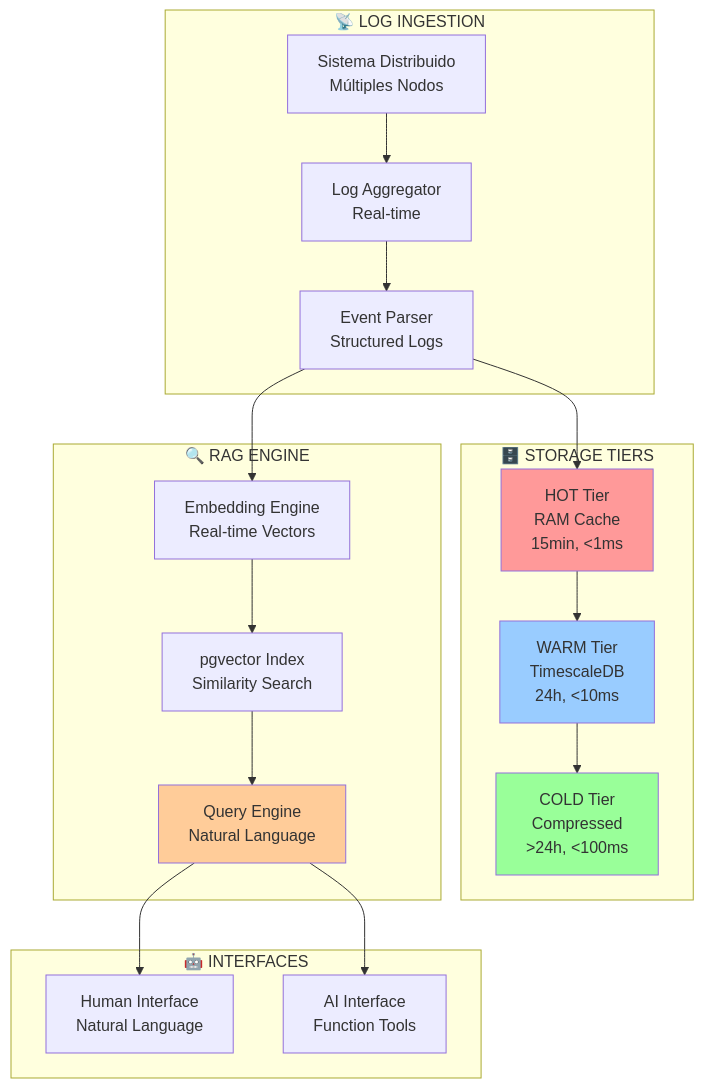
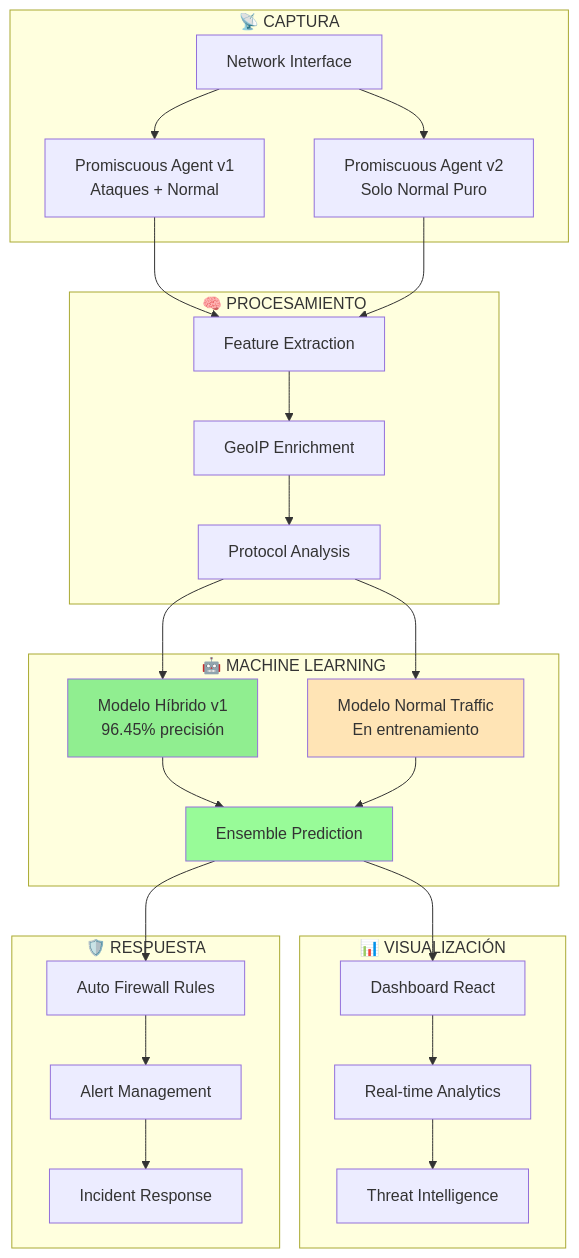
Before and after one commit to alonsoir/upgraded-happiness: the second of 2 diagrams in README.md, drawn with Mermaid. The commit also changed other lines of this file and 1 other file, not shown here.

````diff
--- a/README.md
+++ b/README.md
@@ -192,41 +215,53 @@
 ```mermaid
 graph TB
-    subgraph "📡 LOG INGESTION"
-        A[Sistema Distribuido<br/>Múltiples Nodos]
-        B[Log Aggregator<br/>Real-time]
-        C[Event Parser<br/>Structured Logs]
+    subgraph "📡 CAPTURA"
+        A[Network Interface]
+        B[Promiscuous Agent v1<br/>Ataques + Normal]
+        C[Promiscuous Agent v2<br/>Solo Normal Puro]
     end
     
-    subgraph "🗄️ STORAGE TIERS"
-        D[HOT Tier<br/>RAM Cache<br/>15min, <1ms]
-        E[WARM Tier<br/>TimescaleDB<br/>24h, <10ms]
-        F[COLD Tier<br/>Compressed<br/>>24h, <100ms]
+    subgraph "🧠 PROCESAMIENTO"
+        D[Feature Extraction]
+        E[GeoIP Enrichment]
+        F[Protocol Analysis]
     end
     
-    subgraph "🔍 RAG ENGINE"
-        G[Embedding Engine<br/>Real-time Vectors]
-        H[pgvector Index<br/>Similarity Search]
-        I[Query Engine<br/>Natural Language]
+    subgraph "🤖 MACHINE LEARNING"
+        G[Modelo Híbrido v1<br/>96.45% precisión]
+        H[Modelo Normal Traffic<br/>En entrenamiento]
+        I[Ensemble Prediction]
     end
     
-    subgraph "🤖 INTERFACES"
-        J[Human Interface<br/>Natural Language]
-        K[AI Interface<br/>Function Tools]
+    subgraph "📊 VISUALIZACIÓN"
+        J[Dashboard React]
+        K[Real-time Analytics]
+        L[Threat Intelligence]
+    end
+    
+    subgraph "🛡️ RESPUESTA"
+        M[Auto Firewall Rules]
+        N[Alert Management]
+        O[Incident Response]
     end
     
     A --> B
-    B --> C
+    A --> C
+    B --> D
     C --> D
     D --> E
     E --> F
-    C --> G
-    G --> H
+    F --> G
+    F --> H
+    G --> I
     H --> I
     I --> J
-    I --> K
+    I --> M
+    J --> K
+    K --> L
+    M --> N
+    N --> O
     
-    style D fill:#ff9999
-    style E fill:#99ccff  
-    style F fill:#99ff99
-    style I fill:#ffcc99
+    style G fill:#90EE90
+    style H fill:#FFE4B5
+    style I fill:#98FB98
 ```
````
